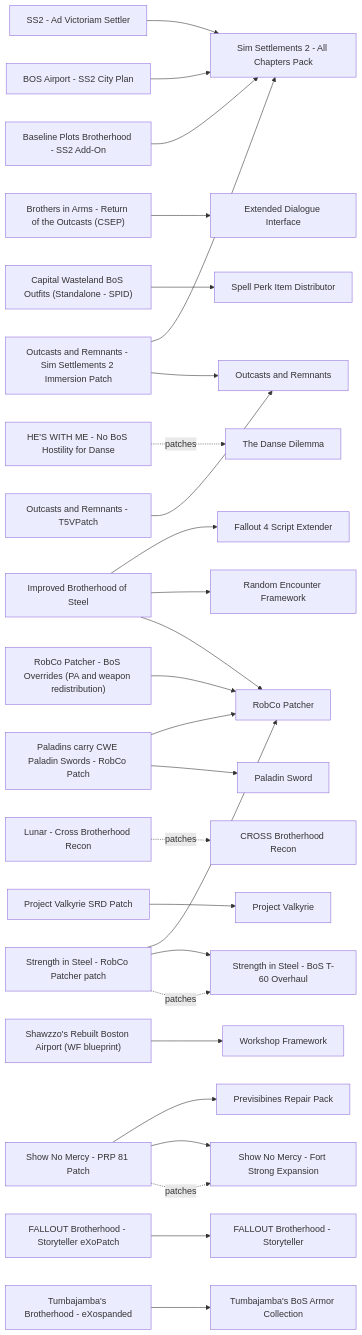
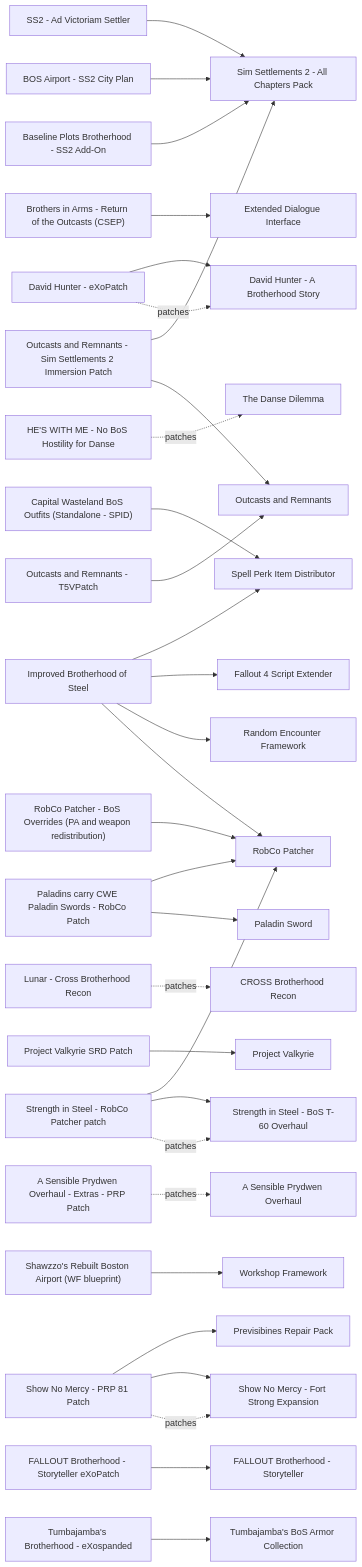
The diagram in docs/catalog/brotherhood.md (MorganKryze/special-mods-list), drawn with Mermaid before and after one commit. The commit also changed other lines of this file and 19 other files, not shown here.

````diff
--- a/docs/catalog/brotherhood.md
+++ b/docs/catalog/brotherhood.md
@@ -120,64 +122,72 @@
 ```mermaid
 graph LR
   baseline_plots_brotherhood["Baseline Plots Brotherhood - SS2 Add-On"]
   bos_airport_ss2_city_plan["BOS Airport - SS2 City Plan"]
   brothers_in_arms_csep["Brothers in Arms - Return of the Outcasts (CSEP)"]
   capital_wasteland_bos_outfits_spid["Capital Wasteland BoS Outfits (Standalone - SPID)"]
   cross_brotherhood_recon["CROSS Brotherhood Recon"]
   danse_dilemma["The Danse Dilemma"]
+  david_hunter_brotherhood_story["David Hunter - A Brotherhood Story"]
+  david_hunter_exopatch["David Hunter - eXoPatch"]
   f4se["Fallout 4 Script Extender"]
   fallout_brotherhood_storyteller["FALLOUT Brotherhood - Storyteller"]
   hes_with_me["HE'S WITH ME - No BoS Hostility for Danse"]
   improved_brotherhood_of_steel["Improved Brotherhood of Steel"]
   lunar_cross_brotherhood_recon_patch["Lunar - Cross Brotherhood Recon"]
   oar_ss2_patch["Outcasts and Remnants - Sim Settlements 2 Immersion Patch"]
   oar_t5v_patch["Outcasts and Remnants - T5VPatch"]
   outcasts_and_remnants["Outcasts and Remnants"]
   paladin_sword["Paladin Sword"]
   paladin_sword_robco_patch["Paladins carry CWE Paladin Swords - RobCo Patch"]
   project_valkyrie["Project Valkyrie"]
   prp["Previsibines Repair Pack"]
   pv_srd_patch["Project Valkyrie SRD Patch"]
   random_encounter_framework["Random Encounter Framework"]
   robco_bos_overrides["RobCo Patcher - BoS Overrides (PA and weapon redistribution)"]
   robco_patcher["RobCo Patcher"]
+  sensible_prydwen_extras_prp_patch["A Sensible Prydwen Overhaul - Extras - PRP Patch"]
+  sensible_prydwen_overhaul["A Sensible Prydwen Overhaul"]
   shawzzo_rebuilt_boston_airport["Shawzzo's Rebuilt Boston Airport (WF blueprint)"]
   show_no_mercy_fort_strong["Show No Mercy - Fort Strong Expansion"]
   show_no_mercy_prp_patch["Show No Mercy - PRP 81 Patch"]
   sim_settlements_2["Sim Settlements 2 - All Chapters Pack"]
   spid["Spell Perk Item Distributor"]
   ss2_ad_victoriam_settler["SS2 - Ad Victoriam Settler"]
   storyteller_exopatch["FALLOUT Brotherhood - Storyteller eXoPatch"]
   strength_in_steel["Strength in Steel - BoS T-60 Overhaul"]
   strength_in_steel_robco_patch["Strength in Steel - RobCo Patcher patch"]
   tumbajamba_bos_armor_collection["Tumbajamba's BoS Armor Collection"]
   tumbajamba_bos_exospanded["Tumbajamba's Brotherhood - eXospanded"]
   workshop_framework["Workshop Framework"]
   xdi["Extended Dialogue Interface"]
   baseline_plots_brotherhood --> sim_settlements_2
+  david_hunter_exopatch -. patches .-> david_hunter_brotherhood_story
   improved_brotherhood_of_steel --> robco_patcher
   improved_brotherhood_of_steel --> random_encounter_framework
   improved_brotherhood_of_steel --> f4se
+  improved_brotherhood_of_steel --> spid
   show_no_mercy_prp_patch -. patches .-> show_no_mercy_fort_strong
   show_no_mercy_prp_patch --> show_no_mercy_fort_strong
   show_no_mercy_prp_patch --> prp
+  sensible_prydwen_extras_prp_patch -. patches .-> sensible_prydwen_overhaul
   bos_airport_ss2_city_plan --> sim_settlements_2
   brothers_in_arms_csep --> xdi
   capital_wasteland_bos_outfits_spid --> spid
   lunar_cross_brotherhood_recon_patch -. patches .-> cross_brotherhood_recon
   storyteller_exopatch --> fallout_brotherhood_storyteller
   oar_ss2_patch --> outcasts_and_remnants
   oar_ss2_patch --> sim_settlements_2
   oar_t5v_patch --> outcasts_and_remnants
   paladin_sword_robco_patch --> paladin_sword
   paladin_sword_robco_patch --> robco_patcher
   pv_srd_patch --> project_valkyrie
   shawzzo_rebuilt_boston_airport --> workshop_framework
   ss2_ad_victoriam_settler --> sim_settlements_2
   strength_in_steel_robco_patch -. patches .-> strength_in_steel
   strength_in_steel_robco_patch --> strength_in_steel
   strength_in_steel_robco_patch --> robco_patcher
   hes_with_me -. patches .-> danse_dilemma
   tumbajamba_bos_exospanded --> tumbajamba_bos_armor_collection
   robco_bos_overrides --> robco_patcher
+  david_hunter_exopatch --> david_hunter_brotherhood_story
 ```
````
